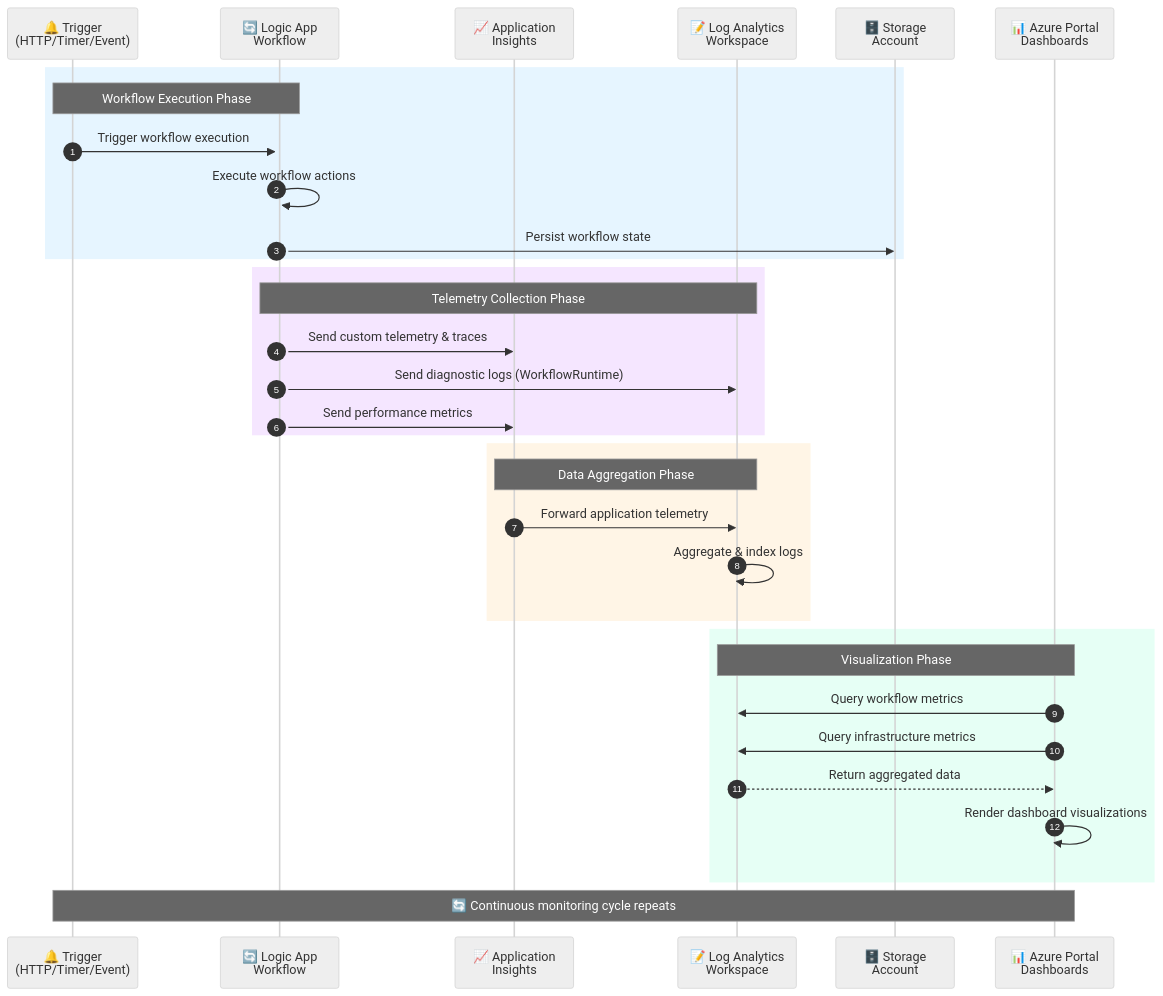
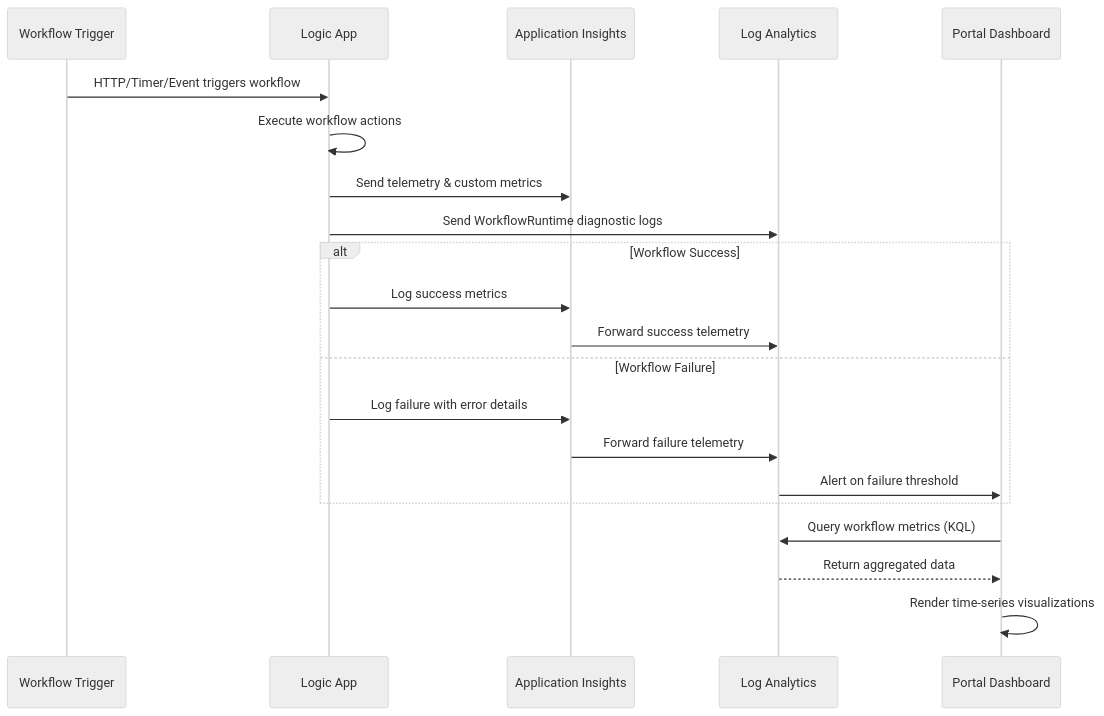
One commit to Evilazaro/Azure-LogicApps-Monitoring changed the second of 2 diagrams in README.md. Above: the diagram before and after it, drawn with Mermaid (neutral theme). The commit also changed other lines of this file, not shown here.

````diff
--- a/README.md
+++ b/README.md
@@ -151,41 +112,26 @@
 ```mermaid
 sequenceDiagram
-    autonumber
+    participant Trigger as Workflow Trigger
+    participant LA as Logic App
+    participant AI as Application Insights
+    participant LAW as Log Analytics
+    participant Dash as Portal Dashboard
     
-    participant T as 🔔 Trigger<br/>(HTTP/Timer/Event)
-    participant LW as 🔄 Logic App<br/>Workflow
-    participant AI as 📈 Application<br/>Insights
-    participant LAW as 📝 Log Analytics<br/>Workspace
-    participant SA as 🗄️ Storage<br/>Account
-    participant D as 📊 Azure Portal<br/>Dashboards
+    Trigger->>LA: HTTP/Timer/Event triggers workflow
+    LA->>LA: Execute workflow actions
+    LA->>AI: Send telemetry & custom metrics
+    LA->>LAW: Send WorkflowRuntime diagnostic logs
     
-    rect rgb(230, 245, 255)
-        Note over T,LW: Workflow Execution Phase
-        T->>+LW: Trigger workflow execution
-        LW->>LW: Execute workflow actions
-        LW->>SA: Persist workflow state
+    alt Workflow Success
+        LA->>AI: Log success metrics
+        AI->>LAW: Forward success telemetry
+    else Workflow Failure
+        LA->>AI: Log failure with error details
+        AI->>LAW: Forward failure telemetry
+        LAW->>Dash: Alert on failure threshold
     end
     
-    rect rgb(245, 230, 255)
-        Note over LW,LAW: Telemetry Collection Phase
-        LW->>AI: Send custom telemetry & traces
-        LW->>LAW: Send diagnostic logs (WorkflowRuntime)
-        LW->>AI: Send performance metrics
-    end
-    
-    rect rgb(255, 245, 230)
-        Note over AI,LAW: Data Aggregation Phase
-        AI->>LAW: Forward application telemetry
-        LAW->>LAW: Aggregate & index logs
-    end
-    
-    rect rgb(230, 255, 245)
-        Note over LAW,D: Visualization Phase
-        D->>LAW: Query workflow metrics
-        D->>LAW: Query infrastructure metrics
-        LAW-->>D: Return aggregated data
-        D->>D: Render dashboard visualizations
-    end
-    
-    Note over T,D: 🔄 Continuous monitoring cycle repeats
+    Dash->>LAW: Query workflow metrics (KQL)
+    LAW-->>Dash: Return aggregated data
+    Dash->>Dash: Render time-series visualizations
 ```
````
